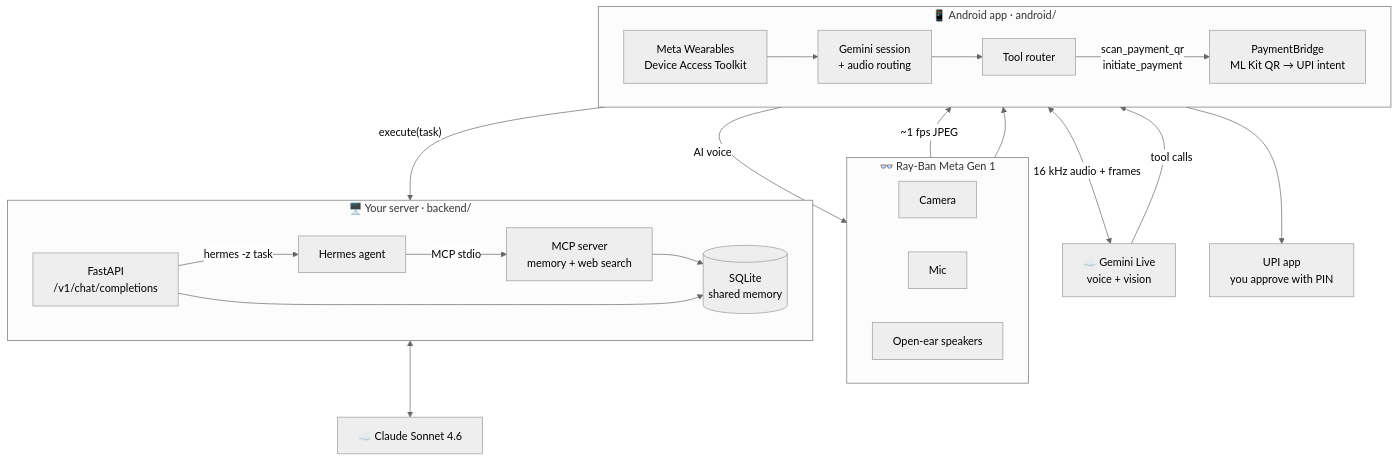
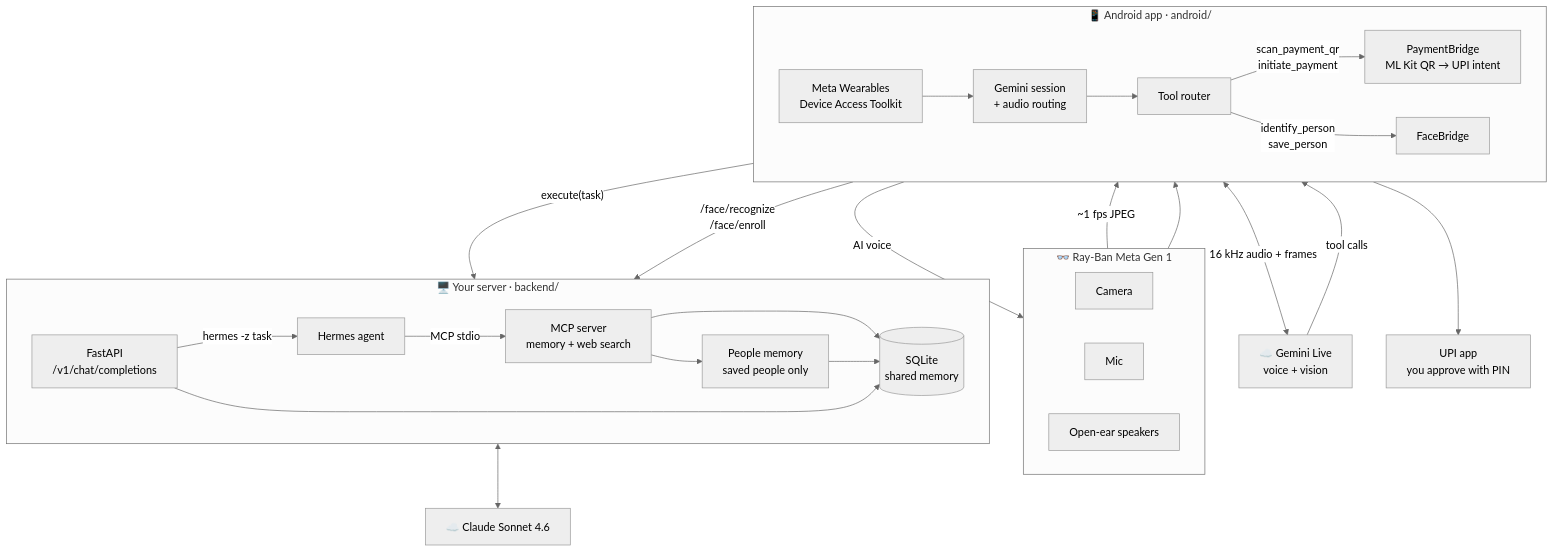
The first of 4 diagrams in README.md (CTAGRAM/aiglass), drawn with Mermaid (neutral theme) before and after one commit. The commit also changed other lines of this file and 71 other files, not shown here.

First line of the commit message:
People memory: remember saved people and recall who they are

````diff
--- a/README.md
+++ b/README.md
@@ -49,38 +51,42 @@
 ```mermaid
 flowchart TB
     subgraph G["👓 Ray-Ban Meta Gen 1"]
         direction LR
         CAM["Camera"]
         MIC["Mic"]
         SPK["Open-ear speakers"]
     end
 
     subgraph P["📱 Android app · android/"]
         direction LR
         DAT["Meta Wearables<br/>Device Access Toolkit"] --> SESS["Gemini session<br/>+ audio routing"]
         SESS --> ROUTER["Tool router"]
         ROUTER -- "scan_payment_qr<br/>initiate_payment" --> PAY["PaymentBridge<br/>ML Kit QR → UPI intent"]
+        ROUTER -- "identify_person<br/>save_person" --> FACE["FaceBridge"]
     end
 
     LIVE["☁️ Gemini Live<br/>voice + vision"]
     UPI["UPI app<br/>you approve with PIN"]
 
     subgraph V["🖥️ Your server · backend/"]
         direction LR
         API["FastAPI<br/>/v1/chat/completions"] -- "hermes -z task" --> HERMES["Hermes agent"]
         HERMES -- "MCP stdio" --> MCP["MCP server<br/>memory + web search"]
         MCP --> DB[("SQLite<br/>shared memory")]
         API --> DB
+        PEOPLE["People memory<br/>saved people only"] --> DB
+        MCP --> PEOPLE
     end
 
     CLAUDE["☁️ Claude Sonnet 4.6"]
 
     CAM -- "~1 fps JPEG" --> DAT
     MIC --> DAT
     SESS -- "AI voice" --> SPK
     SESS <-- "16 kHz audio + frames" --> LIVE
     LIVE -- "tool calls" --> ROUTER
     PAY --> UPI
     ROUTER -- "execute(task)" --> API
+    FACE -- "/face/recognize<br/>/face/enroll" --> PEOPLE
     HERMES <--> CLAUDE
 ```
````
